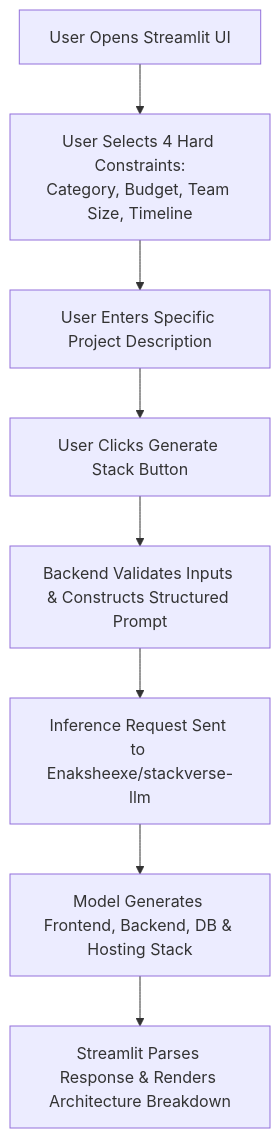
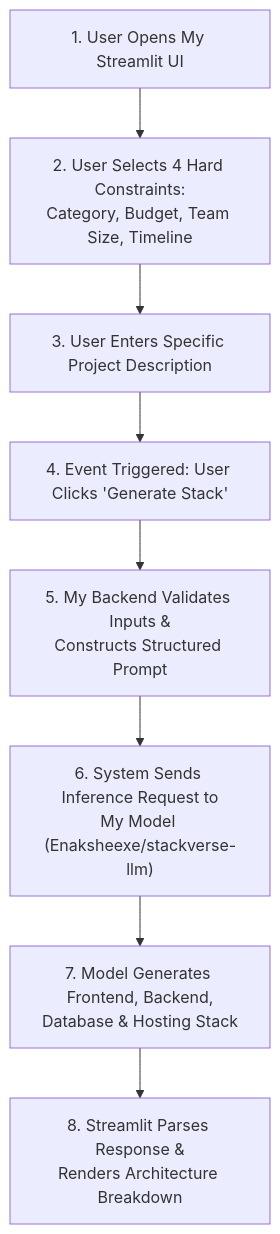
Before and after one commit to enaksheexe/tech-stack-recommender-app: the second of 2 diagrams in README.md, drawn with Mermaid. The commit also changed other lines of this file, not shown here.

````diff
--- a/README.md
+++ b/README.md
@@ -46,10 +32,10 @@
 ```mermaid
 flowchart TD
-    A["User Opens Streamlit UI"] --> B["User Selects 4 Hard Constraints:<br/>Category, Budget, Team Size, Timeline"]
-    B --> C["User Enters Specific Project Description"]
-    C --> D["User Clicks Generate Stack Button"]
-    D --> E["Backend Validates Inputs & Constructs Structured Prompt"]
-    E --> F["Inference Request Sent to Enaksheexe/stackverse-llm"]
-    F --> G["Model Generates Frontend, Backend, DB & Hosting Stack"]
-    G --> H["Streamlit Parses Response & Renders Architecture Breakdown"]
+    A["1. User Opens My Streamlit UI"] --> B["2. User Selects 4 Hard Constraints:<br/>Category, Budget, Team Size, Timeline"]
+    B --> C["3. User Enters Specific Project Description"]
+    C --> D["4. Event Triggered: User Clicks 'Generate Stack'"]
+    D --> E["5. My Backend Validates Inputs &<br/>Constructs Structured Prompt"]
+    E --> F["6. System Sends Inference Request to<br/>My Model (Enaksheexe/stackverse-llm)"]
+    F --> G["7. Model Generates Frontend, Backend,<br/>Database & Hosting Stack"]
+    G --> H["8. Streamlit Parses Response &<br/>Renders Architecture Breakdown"]
 ```
````
